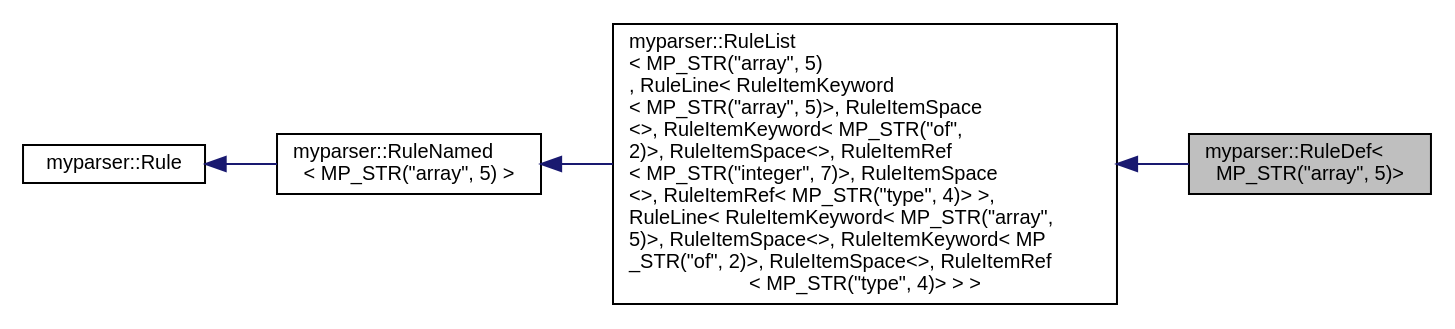
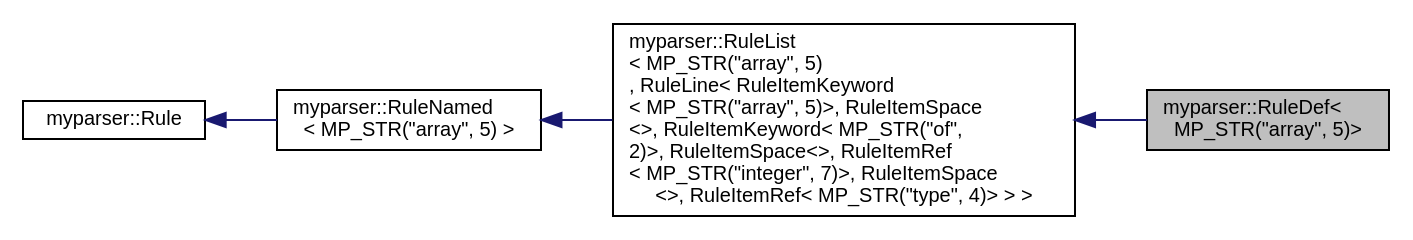
One commit to gaocegege/CompilerLab changed the diagram in classmyparser_1_1RuleDef_3_01MP__STR_07"array"_00_015_08_4__inherit__graph.dot. Above: the diagram before and after it, drawn with Graphviz. The commit also changed 675 other files, not shown here.

```diff
--- a/classmyparser_1_1RuleDef_3_01MP__STR_07"array"_00_015_08_4__inherit__graph.dot
+++ b/classmyparser_1_1RuleDef_3_01MP__STR_07"array"_00_015_08_4__inherit__graph.dot
@@ -1,13 +1,13 @@
 digraph "myparser::RuleDef&lt; MP_STR(&quot;array&quot;, 5)&gt;"
 {
   edge [fontname="Helvetica",fontsize="10",labelfontname="Helvetica",labelfontsize="10"];
   node [fontname="Helvetica",fontsize="10",shape=record];
   rankdir="LR";
   Node1 [label="myparser::RuleDef\<\l MP_STR(\"array\", 5)\>",height=0.2,width=0.4,color="black", fillcolor="grey75", style="filled" fontcolor="black"];
   Node2 -> Node1 [dir="back",color="midnightblue",fontsize="10",style="solid",fontname="Helvetica"];
-  Node2 [label="myparser::RuleList\l\< MP_STR(\"array\", 5)\l, RuleLine\< RuleItemKeyword\l\< MP_STR(\"array\", 5)\>, RuleItemSpace\l\<\>, RuleItemKeyword\< MP_STR(\"of\",\l 2)\>, RuleItemSpace\<\>, RuleItemRef\l\< MP_STR(\"integer\", 7)\>, RuleItemSpace\l\<\>, RuleItemRef\< MP_STR(\"type\", 4)\> \>,\l RuleLine\< RuleItemKeyword\< MP_STR(\"array\",\l 5)\>, RuleItemSpace\<\>, RuleItemKeyword\< MP\l_STR(\"of\", 2)\>, RuleItemSpace\<\>, RuleItemRef\l\< MP_STR(\"type\", 4)\> \> \>",height=0.2,width=0.4,color="black", fillcolor="white", style="filled",URL="$classmyparser_1_1RuleList.html"];
+  Node2 [label="myparser::RuleList\l\< MP_STR(\"array\", 5)\l, RuleLine\< RuleItemKeyword\l\< MP_STR(\"array\", 5)\>, RuleItemSpace\l\<\>, RuleItemKeyword\< MP_STR(\"of\",\l 2)\>, RuleItemSpace\<\>, RuleItemRef\l\< MP_STR(\"integer\", 7)\>, RuleItemSpace\l\<\>, RuleItemRef\< MP_STR(\"type\", 4)\> \> \>",height=0.2,width=0.4,color="black", fillcolor="white", style="filled",URL="$classmyparser_1_1RuleList.html"];
   Node3 -> Node2 [dir="back",color="midnightblue",fontsize="10",style="solid",fontname="Helvetica"];
   Node3 [label="myparser::RuleNamed\l\< MP_STR(\"array\", 5) \>",height=0.2,width=0.4,color="black", fillcolor="white", style="filled",URL="$classmyparser_1_1RuleNamed.html"];
   Node4 -> Node3 [dir="back",color="midnightblue",fontsize="10",style="solid",fontname="Helvetica"];
   Node4 [label="myparser::Rule",height=0.2,width=0.4,color="black", fillcolor="white", style="filled",URL="$classmyparser_1_1Rule.html"];
 }
```
